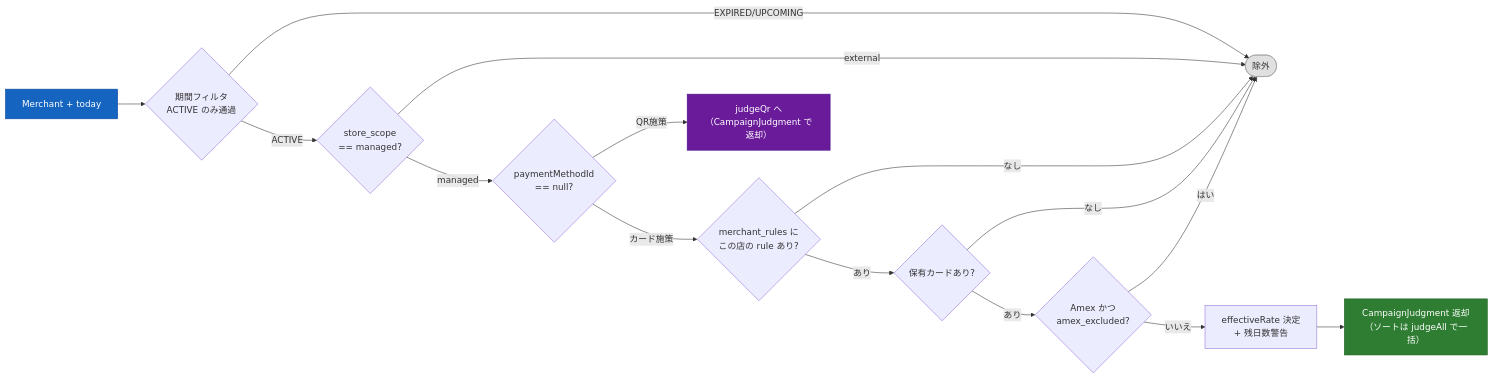
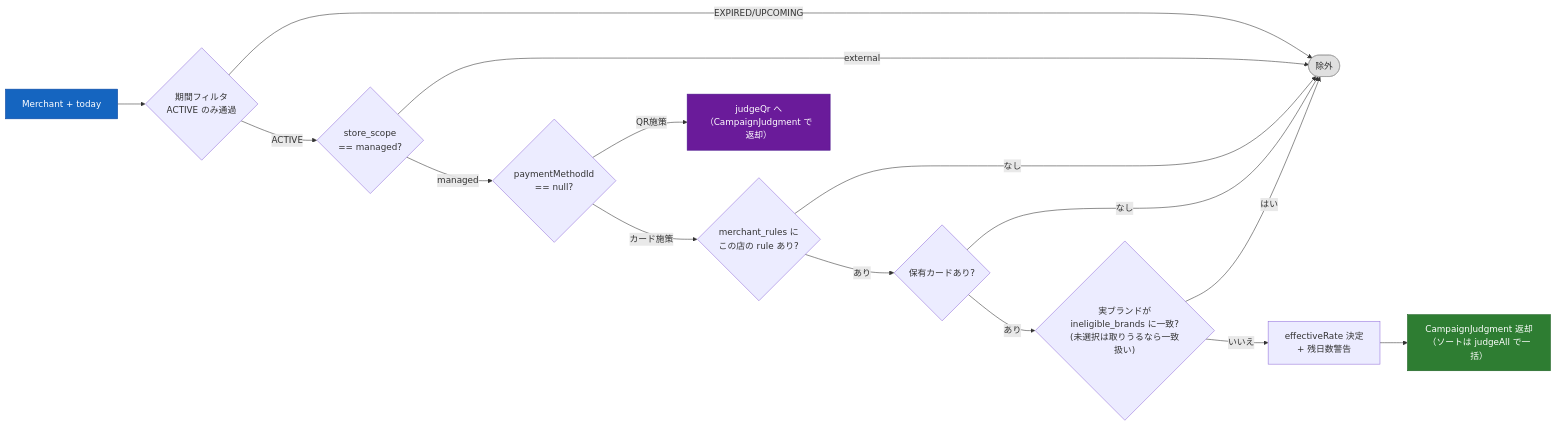
One commit to ktakjm/poikatsu changed the fourth of 6 diagrams in docs/code-guide.md. Above: the diagram before and after it, drawn with Mermaid. The commit also changed other lines of this file and 9 other files, not shown here.

First line of the commit message:
refactor: amex_excluded を ineligible_brands(除外ブランドリスト)に一般化 (#53)

````diff
--- a/docs/code-guide.md
+++ b/docs/code-guide.md
@@ -356,22 +356,22 @@
 ```mermaid
 flowchart LR
     IN["Merchant + today"] --> PERIOD{"期間フィルタ<br/>ACTIVE のみ通過"}
     PERIOD -- "EXPIRED/UPCOMING" --> DROP(["除外"])
     PERIOD -- "ACTIVE" --> SCOPE{"store_scope<br/>== managed?"}
     SCOPE -- "external" --> DROP
     SCOPE -- "managed" --> PMID{"paymentMethodId<br/>== null?"}
     PMID -- "QR施策" --> QR["judgeQr へ（CampaignJudgment で返却）"]
     PMID -- "カード施策" --> RULE{"merchant_rules に<br/>この店の rule あり?"}
     RULE -- "なし" --> DROP
     RULE -- "あり" --> CARD{"保有カードあり?"}
     CARD -- "なし" --> DROP
-    CARD -- "あり" --> AMEX{"Amex かつ<br/>amex_excluded?"}
-    AMEX -- "はい" --> DROP
-    AMEX -- "いいえ" --> RATE["effectiveRate 決定<br/>+ 残日数警告"]
+    CARD -- "あり" --> BRAND{"実ブランドが<br/>ineligible_brands に一致?<br/>(未選択は取りうるなら一致扱い)"}
+    BRAND -- "はい" --> DROP
+    BRAND -- "いいえ" --> RATE["effectiveRate 決定<br/>+ 残日数警告"]
     RATE --> OUT["CampaignJudgment 返却<br/>（ソートは judgeAll で一括）"]
 
     style IN fill:#1565C0,stroke:#0D47A1,color:#fff
     style OUT fill:#2E7D32,stroke:#1B5E20,color:#fff
     style DROP fill:#E0E0E0,stroke:#9E9E9E,color:#333
     style QR fill:#6A1B9A,stroke:#4A148C,color:#fff
 ```
````
